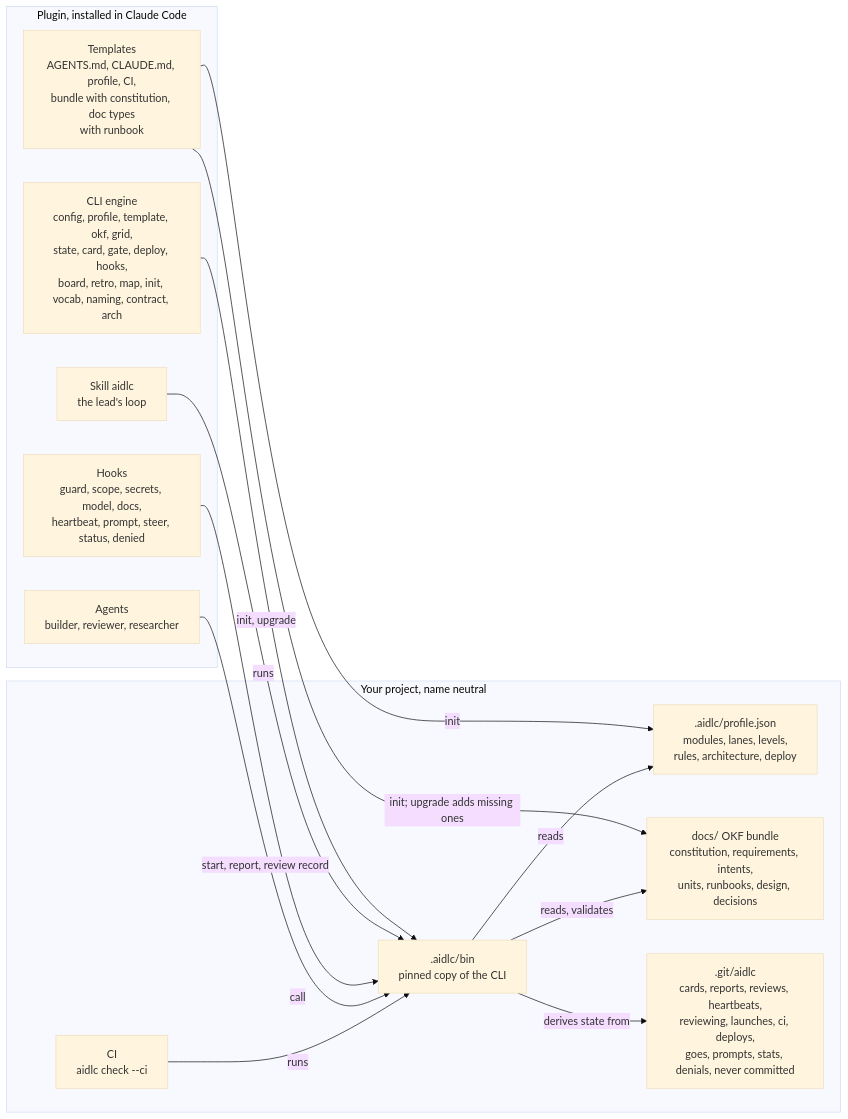
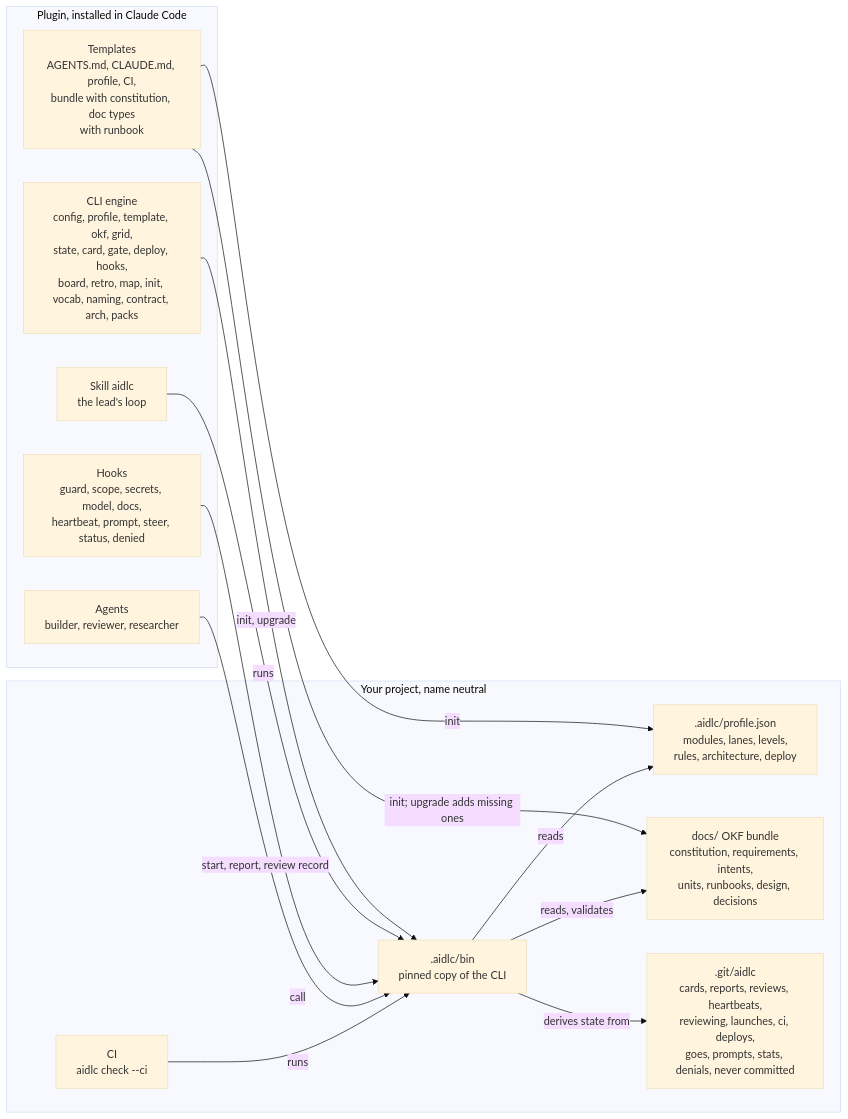
Before and after one commit to Scrollout/aidlc-team-plugin: the second of 2 diagrams in README.md, drawn with Mermaid (base theme). The commit also changed 73 other files, not shown here.

````diff
--- a/README.md
+++ b/README.md
@@ -77,29 +77,29 @@
 ```mermaid
 flowchart LR
   subgraph plugin["Plugin, installed in Claude Code"]
     skill["Skill aidlc<br/>the lead's loop"]
     agents["Agents<br/>builder, reviewer, researcher"]
     hooks["Hooks<br/>guard, scope, secrets, model, docs,<br/>heartbeat, prompt, steer, status, denied"]
-    cli["CLI engine<br/>config, profile, template, okf, grid,<br/>state, card, gate, deploy, hooks,<br/>board, retro, map, init, vocab, naming, contract, arch"]
+    cli["CLI engine<br/>config, profile, template, okf, grid,<br/>state, card, gate, deploy, hooks,<br/>board, retro, map, init, vocab, naming, contract, arch, packs"]
     templates["Templates<br/>AGENTS.md, CLAUDE.md, profile, CI,<br/>bundle with constitution, doc types<br/>with runbook"]
   end
 
   subgraph project["Your project, name neutral"]
     profile[".aidlc/profile.json<br/>modules, lanes, levels,<br/>rules, architecture, deploy"]
     bin[".aidlc/bin<br/>pinned copy of the CLI"]
     docs["docs/ OKF bundle<br/>constitution, requirements, intents,<br/>units, runbooks, design, decisions"]
     runtime[".git/aidlc<br/>cards, reports, reviews, heartbeats,<br/>reviewing, launches, ci, deploys,<br/>goes, prompts, stats, denials, never committed"]
     ci["CI<br/>aidlc check --ci"]
   end
 
   templates -- "init" --> profile
   templates -- "init; upgrade adds missing ones" --> docs
   cli -- "init, upgrade" --> bin
   skill -- "runs" --> bin
   hooks -- "call" --> bin
   agents -- "start, report, review record" --> bin
   ci -- "runs" --> bin
   bin -- "reads, validates" --> docs
   bin -- "reads" --> profile
   bin -- "derives state from" --> runtime
 ```
````
